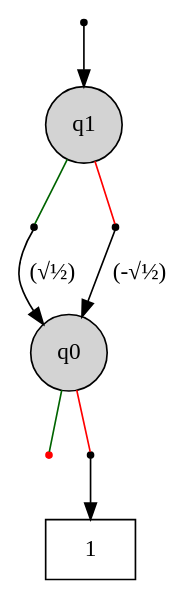
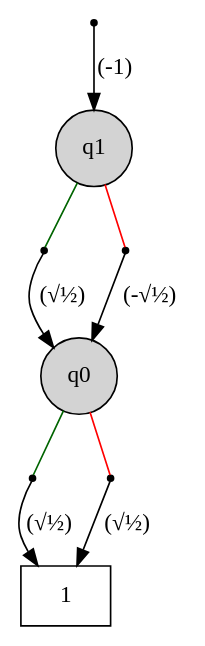
The diagram in data/1.dot (cda-tum/mqt-ddvis), drawn with Graphviz before and after one commit. The commit also changed 5 other files, not shown here.

```diff
--- a/data/1.dot
+++ b/data/1.dot
@@ -1,24 +1,25 @@
 digraph "DD" {
 graph [center=true, ordering=out];
 node [shape=circle, center=true];
 "T" [ shape = box, label="1" ];
 "R" [label="", shape=point];
 "0" [ label="q1" ,style=filled, fillcolor=lightgray ];
 "0h0"  [label="", shape=point];
 "0h2"  [label="", shape=point];
 "1" [ label="q0" ,style=filled, fillcolor=lightgray ];
-"1h0"  [label="", shape=point , fillcolor=red, color=red];
+"1h0"  [label="", shape=point ];
 "1h2"  [label="", shape=point ];
 
-"R" -> "0"
+"R" -> "0" [label="(-1)" ];
 {rank=same; "0h0" "0h2"}
 "0" -> "0h0" [arrowhead=none,color=darkgreen];
 "0h0" -> "1" [label=" (√½)" ];
 "0" -> "0h2" [arrowhead=none,color=red];
 "0h2" -> "1" [label=" (-√½)" ];
 {rank=same; "1h0" "1h2"}
 "1" -> "1h0" [arrowhead=none,color=darkgreen];
+"1h0"-> "T" [label= "(√½)", ];
 "1" -> "1h2" [arrowhead=none,color=red];
-"1h2"-> "T";
+"1h2"-> "T" [label= "(√½)", ];
 
 }
```
